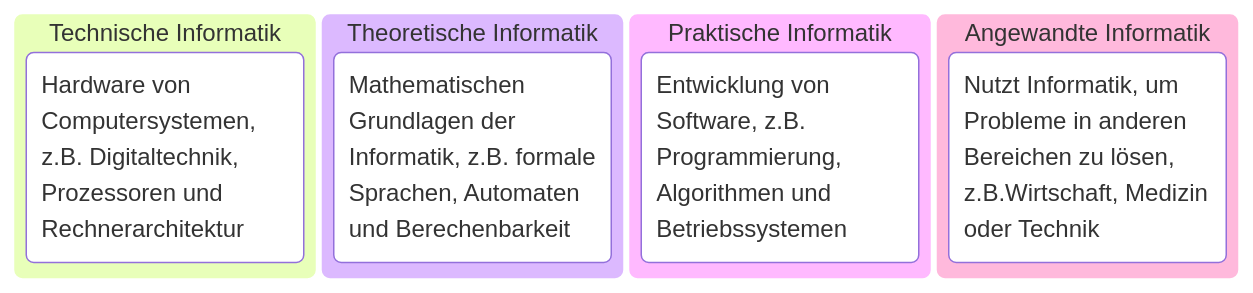
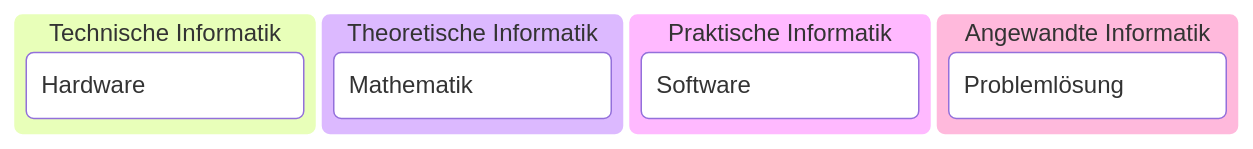
The diagram in slides/01_einordnung.md (stefanmaeder/assembler), drawn with Mermaid before and after one commit.

````diff
--- a/slides/01_einordnung.md
+++ b/slides/01_einordnung.md
@@ -3,11 +3,11 @@
 ```mermaid
 kanban
   id1[Technische Informatik]
-    id11[Hardware von Computersystemen, z.B. Digitaltechnik, Prozessoren und Rechnerarchitektur]
+    id11[Hardware]
   id2[Theoretische Informatik]
-    id21[Mathematischen Grundlagen der Informatik, z.B. formale Sprachen, Automaten und Berechenbarkeit]
+    id21[Mathematik]
   id3[Praktische Informatik]
-    id31[Entwicklung von Software, z.B. Programmierung, Algorithmen und Betriebssystemen]
+    id31[Software]
   id4[Angewandte Informatik]
-    id41[Nutzt Informatik, um Probleme in anderen Bereichen zu lösen, z.B.Wirtschaft, Medizin oder Technik]
+    id41[Problemlösung]
 ```
````
